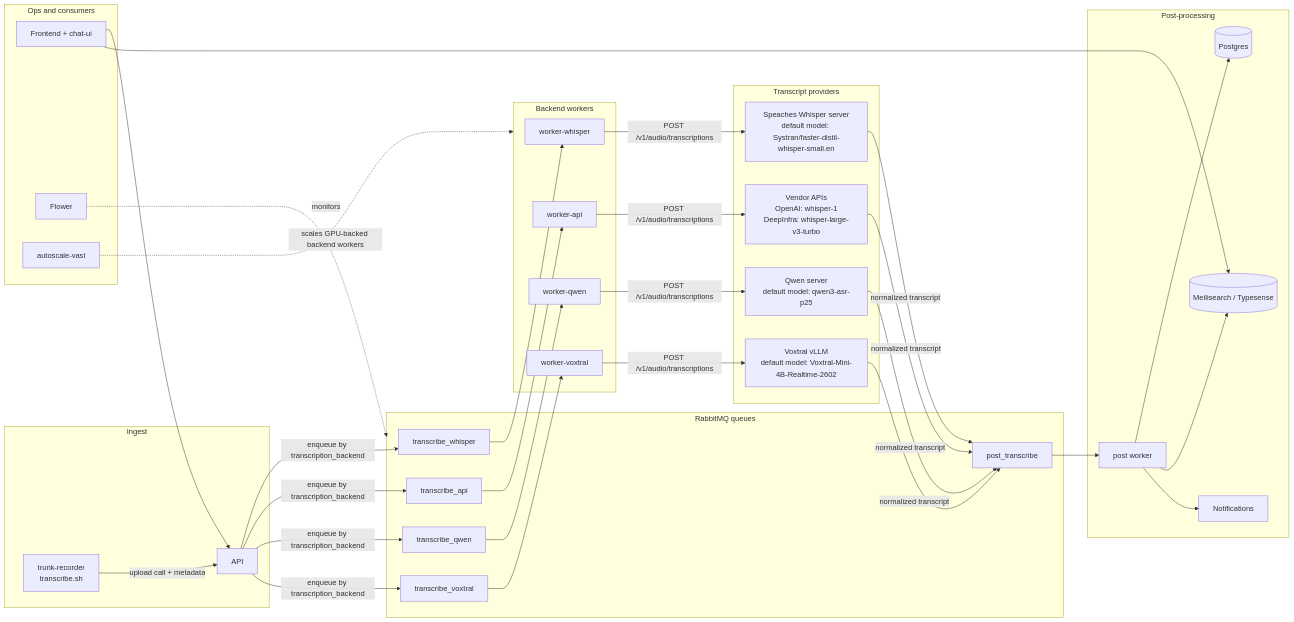
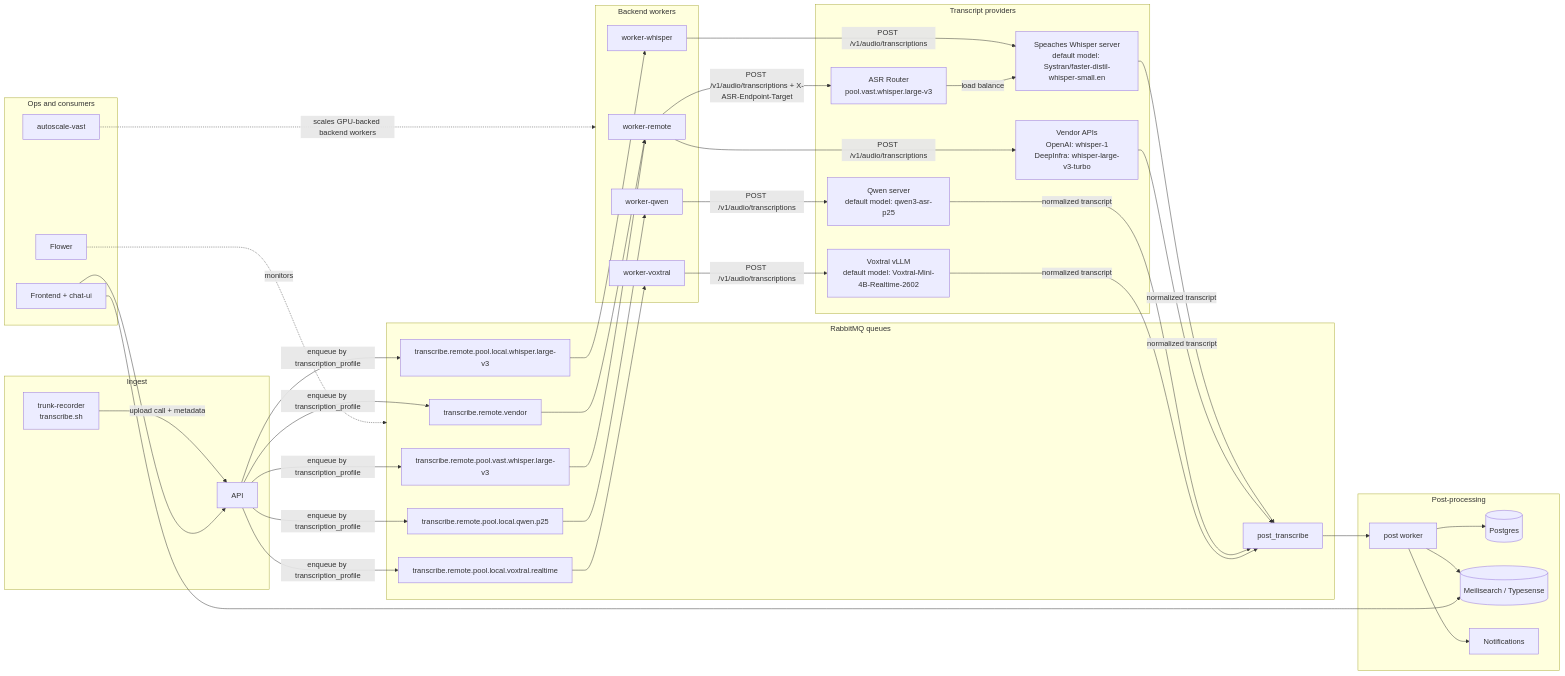
Before and after one commit to CrimeIsDown/trunk-transcribe: the diagram in docs/architecture.md, drawn with Mermaid. The commit also changed other lines of this file and 28 other files, not shown here.

Commit message:
Refactor transcription routing around ASR profiles

````diff
--- a/docs/architecture.md
+++ b/docs/architecture.md
@@ -15,68 +15,73 @@
 ```mermaid
 flowchart LR
     subgraph INGEST[Ingest]
         TR[trunk-recorder<br/>transcribe.sh]
         API[API]
     end
 
     subgraph QUEUES[RabbitMQ queues]
-        QW[transcribe_whisper]
-        QA[transcribe_api]
-        QQ[transcribe_qwen]
-        QV[transcribe_voxtral]
+        QVENDOR[transcribe.remote.vendor]
+        QWL[transcribe.remote.pool.local.whisper.large-v3]
+        QQL[transcribe.remote.pool.local.qwen.p25]
+        QVL[transcribe.remote.pool.local.voxtral.realtime]
+        QWV[transcribe.remote.pool.vast.whisper.large-v3]
         QP[post_transcribe]
     end
 
     subgraph EXEC[Backend workers]
+        WR[worker-remote]
         WP[worker-whisper]
-        WA[worker-api]
         WQ[worker-qwen]
         WV[worker-voxtral]
     end
 
     subgraph PROVIDERS[Transcript providers]
         PW[Speaches Whisper server<br/>default model: Systran/faster-distil-whisper-small.en]
         PA[Vendor APIs<br/>OpenAI: whisper-1<br/>DeepInfra: whisper-large-v3-turbo]
         PQW[Qwen server<br/>default model: qwen3-asr-p25]
         PV[Voxtral vLLM<br/>default model: Voxtral-Mini-4B-Realtime-2602]
+        PR[ASR Router<br/>pool.vast.whisper.large-v3]
     end
 
     subgraph POSTPROC[Post-processing]
         POST[post worker]
         DB[(Postgres)]
         SEARCH[(Meilisearch / Typesense)]
         NOTIFY[Notifications]
     end
 
     subgraph OPS[Ops and consumers]
         UI[Frontend + chat-ui]
         FLOWER[Flower]
         AUTO[autoscale-vast]
     end
 
     TR -->|upload call + metadata| API
-    API -->|enqueue by transcription_backend| QW
-    API -->|enqueue by transcription_backend| QA
-    API -->|enqueue by transcription_backend| QQ
-    API -->|enqueue by transcription_backend| QV
+    API -->|enqueue by transcription_profile| QVENDOR
+    API -->|enqueue by transcription_profile| QWL
+    API -->|enqueue by transcription_profile| QQL
+    API -->|enqueue by transcription_profile| QVL
+    API -->|enqueue by transcription_profile| QWV
 
-    QW --> WP -->|POST /v1/audio/transcriptions| PW
-    QA --> WA -->|POST /v1/audio/transcriptions| PA
-    QQ --> WQ -->|POST /v1/audio/transcriptions| PQW
-    QV --> WV -->|POST /v1/audio/transcriptions| PV
+    QVENDOR --> WR -->|POST /v1/audio/transcriptions| PA
+    QWL --> WP -->|POST /v1/audio/transcriptions| PW
+    QQL --> WQ -->|POST /v1/audio/transcriptions| PQW
+    QVL --> WV -->|POST /v1/audio/transcriptions| PV
+    QWV --> WR -->|POST /v1/audio/transcriptions + X-ASR-Endpoint-Target| PR
+    PR -->|load balance| PW
 
     PW -->|normalized transcript| QP
     PA -->|normalized transcript| QP
     PQW -->|normalized transcript| QP
     PV -->|normalized transcript| QP
 
     QP --> POST
     POST --> DB
     POST --> SEARCH
     POST --> NOTIFY
 
     UI --> API
     UI --> SEARCH
     FLOWER -. monitors .-> QUEUES
     AUTO -. scales GPU-backed backend workers .-> EXEC
 ```
````
